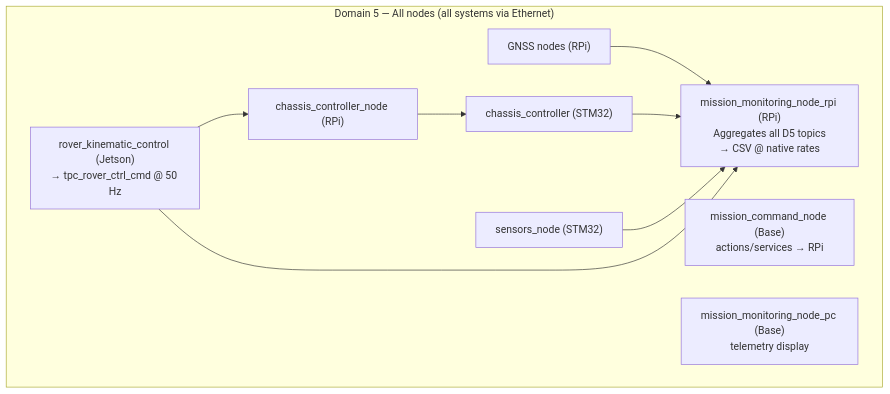
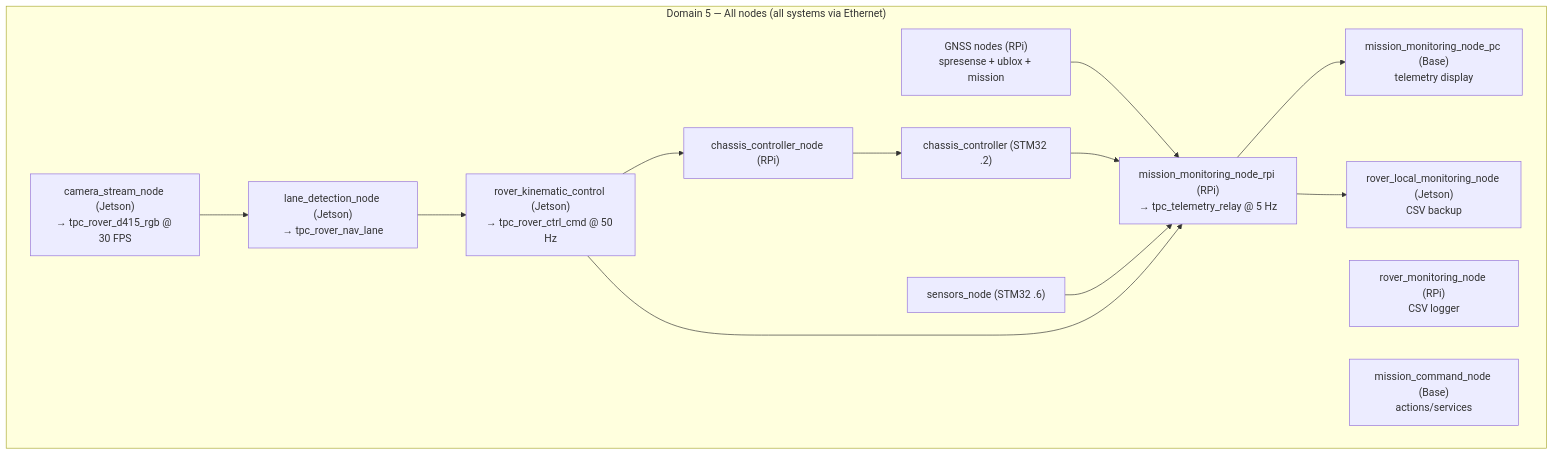
The diagram in docs/DOMAINS.md (RoboticsGG/almondmatcha), drawn with Mermaid before and after one commit. The commit also changed other lines of this file and 6 other files, not shown here.

````diff
--- a/docs/DOMAINS.md
+++ b/docs/DOMAINS.md
@@ -15,19 +15,26 @@
 ```mermaid
 flowchart TB
     subgraph D5["Domain 5 — All nodes (all systems via Ethernet)"]
+        CAM["camera_stream_node (Jetson)\n→ tpc_rover_d415_rgb @ 30 FPS"]
+        LANE["lane_detection_node (Jetson)\n→ tpc_rover_nav_lane"]
         CTRL["rover_kinematic_control (Jetson)\n→ tpc_rover_ctrl_cmd @ 50 Hz"]
         CC["chassis_controller_node (RPi)"]
-        STM32C["chassis_controller (STM32)"]
-        STM32S["sensors_node (STM32)"]
-        GNSS["GNSS nodes (RPi)"]
-        MON["mission_monitoring_node_rpi (RPi)\nAggregates all D5 topics\n→ CSV @ native rates"]
-        CMD["mission_command_node (Base)\nactions/services → RPi"]
-        PC["mission_monitoring_node_pc (Base)\ntelemetry display"]
+        STM32C["chassis_controller (STM32 .2)"]
+        STM32S["sensors_node (STM32 .6)"]
+        GNSS["GNSS nodes (RPi)\nspresense + ublox + mission"]
+        MON_RPI["mission_monitoring_node_rpi (RPi)\n→ tpc_telemetry_relay @ 5 Hz"]
+        LOG["rover_monitoring_node (RPi)\nCSV logger"]
+        CMD["mission_command_node (Base)\nactions/services"]
+        MON_PC["mission_monitoring_node_pc (Base)\ntelemetry display"]
+        MON_J["rover_local_monitoring_node (Jetson)\nCSV backup"]
     end
 
+    CAM --> LANE --> CTRL
     CTRL --> CC --> STM32C
-    GNSS --> MON
-    STM32C --> MON
-    STM32S --> MON
-    CTRL --> MON
+    GNSS --> MON_RPI
+    STM32C --> MON_RPI
+    STM32S --> MON_RPI
+    CTRL --> MON_RPI
+    MON_RPI --> MON_PC
+    MON_RPI --> MON_J
 ```
````
